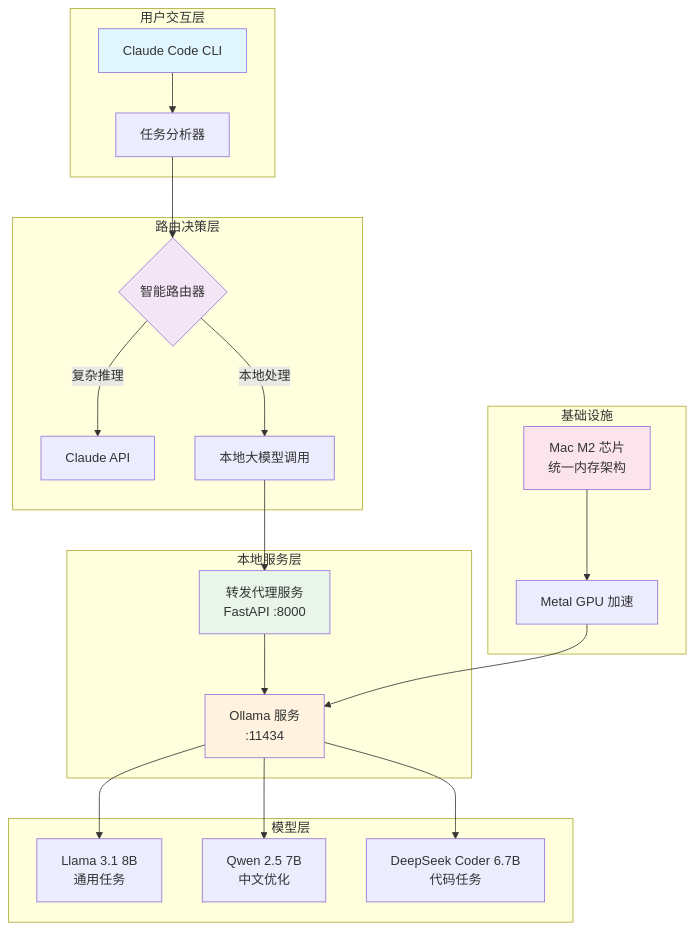
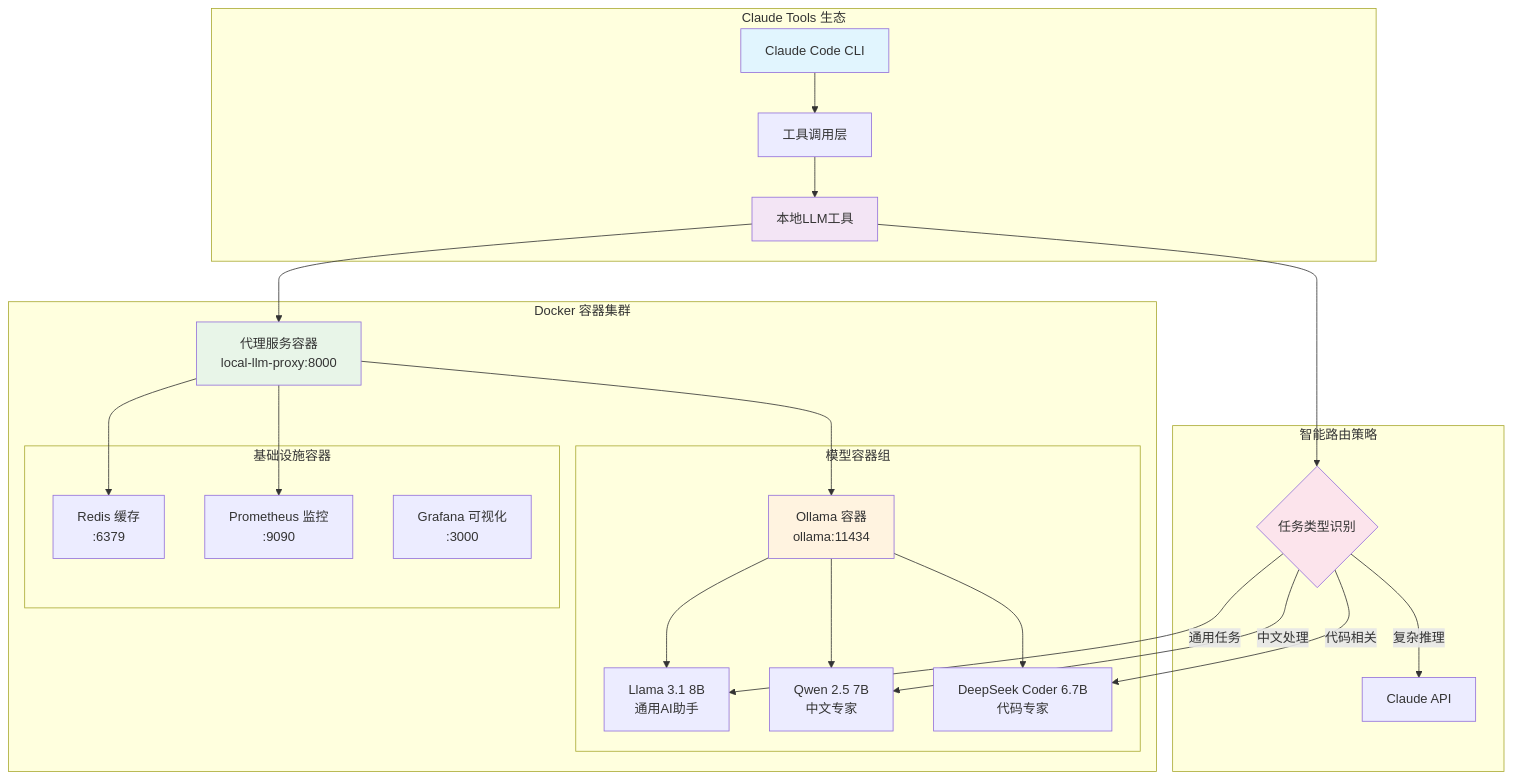
Before and after one commit to youweichen0208/YC-Tech-Blog: the first of 2 diagrams in src/ai-tools/LOCAL_LLM_ARCHITECTURE.md, drawn with Mermaid. The commit also changed other lines of this file and 5 other files, not shown here.

````diff
--- a/src/ai-tools/LOCAL_LLM_ARCHITECTURE.md
+++ b/src/ai-tools/LOCAL_LLM_ARCHITECTURE.md
@@ -11,34 +11,42 @@
 ```mermaid
 graph TB
-    subgraph "用户交互层"
-        A[Claude Code CLI] --> B[任务分析器]
+    subgraph "Claude Tools 生态"
+        A[Claude Code CLI] --> B[工具调用层]
+        B --> C[本地LLM工具]
     end
 
-    subgraph "路由决策层"
-        B --> C{智能路由器}
-        C -->|复杂推理| D[Claude API]
-        C -->|本地处理| E[本地大模型调用]
+    subgraph "Docker 容器集群"
+        C --> D[代理服务容器<br/>local-llm-proxy:8000]
+        D --> E[Ollama 容器<br/>ollama:11434]
+
+        subgraph "模型容器组"
+            E --> F[Llama 3.1 8B<br/>通用AI助手]
+            E --> G[Qwen 2.5 7B<br/>中文专家]
+            E --> H[DeepSeek Coder 6.7B<br/>代码专家]
+        end
+
+        subgraph "基础设施容器"
+            I[Redis 缓存<br/>:6379]
+            J[Prometheus 监控<br/>:9090]
+            K[Grafana 可视化<br/>:3000]
+        end
     end
 
-    subgraph "本地服务层"
-        E --> F[转发代理服务<br/>FastAPI :8000]
-        F --> G[Ollama 服务<br/>:11434]
+    subgraph "智能路由策略"
+        L{任务类型识别}
+        L -->|代码相关| H
+        L -->|中文处理| G
+        L -->|通用任务| F
+        L -->|复杂推理| M[Claude API]
     end
 
-    subgraph "模型层"
-        G --> H[Llama 3.1 8B<br/>通用任务]
-        G --> I[Qwen 2.5 7B<br/>中文优化]
-        G --> J[DeepSeek Coder 6.7B<br/>代码任务]
-    end
-
-    subgraph "基础设施"
-        K[Mac M2 芯片<br/>统一内存架构] --> L[Metal GPU 加速]
-        L --> G
-    end
+    C --> L
+    D --> I
+    D --> J
 
     style A fill:#e1f5fe
     style C fill:#f3e5f5
-    style F fill:#e8f5e8
-    style G fill:#fff3e0
-    style K fill:#fce4ec
+    style D fill:#e8f5e8
+    style E fill:#fff3e0
+    style L fill:#fce4ec
 ```
````
